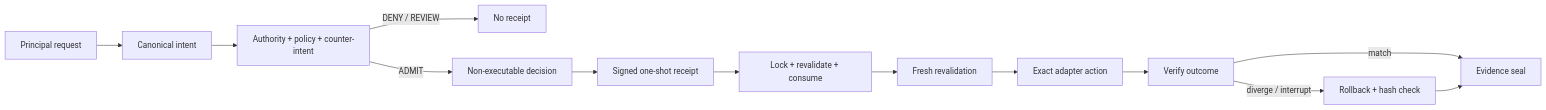
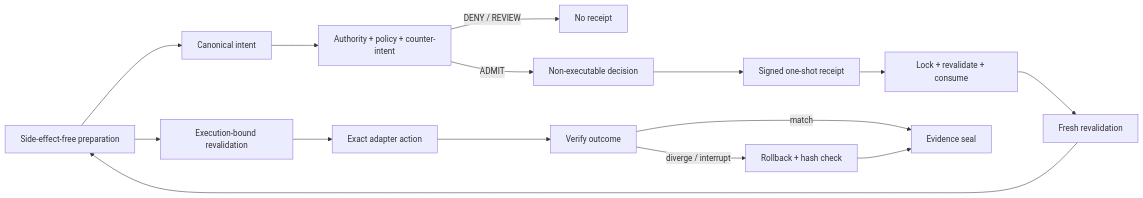
Before and after one commit to sntllgnc/CINT: the diagram in docs/THREAT-MODEL.md, drawn with Mermaid. The commit also changed other lines of this file and 31 other files, not shown here.

````diff
--- a/docs/THREAT-MODEL.md
+++ b/docs/THREAT-MODEL.md
@@ -26,15 +26,17 @@
 ```mermaid
 flowchart LR
   P[Principal request] --> I[Canonical intent]
   I --> C[Authority + policy + counter-intent]
   C -->|DENY / REVIEW| X[No receipt]
   C -->|ADMIT| D[Non-executable decision]
   D --> R[Signed one-shot receipt]
   R --> S[Lock + revalidate + consume]
   S --> V[Fresh revalidation]
-  V --> A[Exact adapter action]
+  V --> P[Side-effect-free preparation]
+  P --> F[Execution-bound revalidation]
+  F --> A[Exact adapter action]
   A --> O[Verify outcome]
   O -->|match| E[Evidence seal]
   O -->|diverge / interrupt| B[Rollback + hash check]
   B --> E
 ```
````
